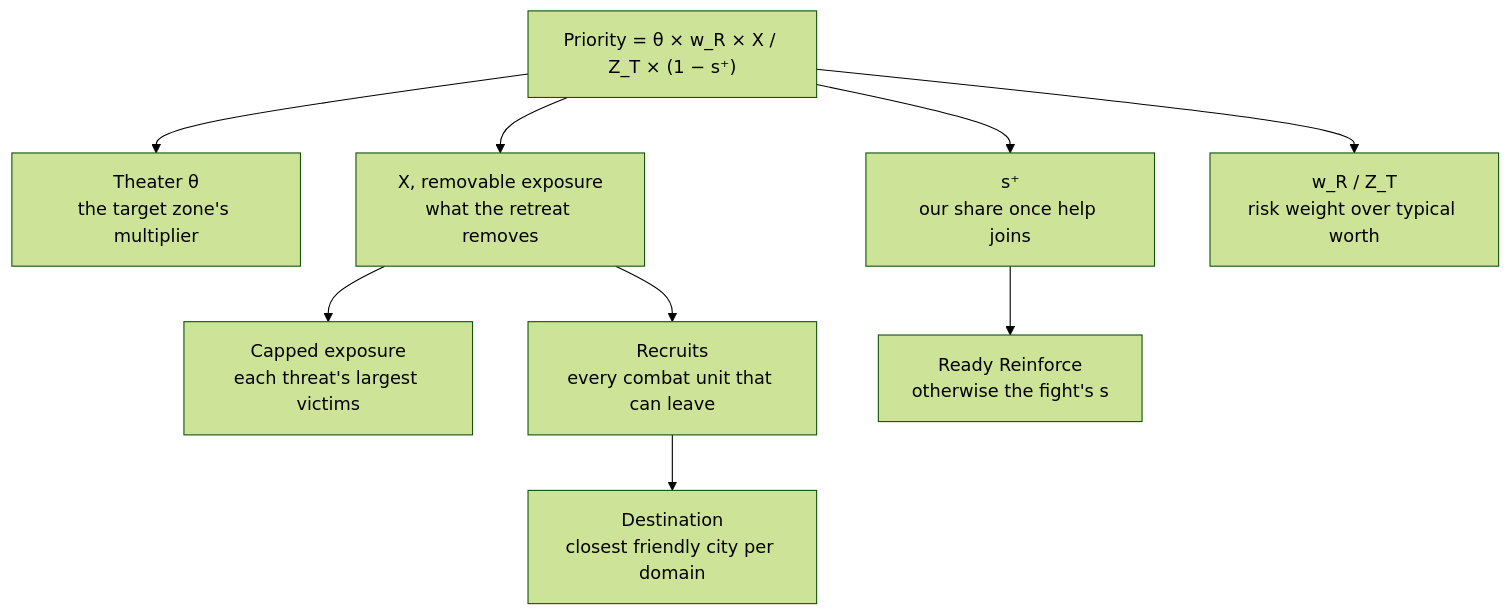
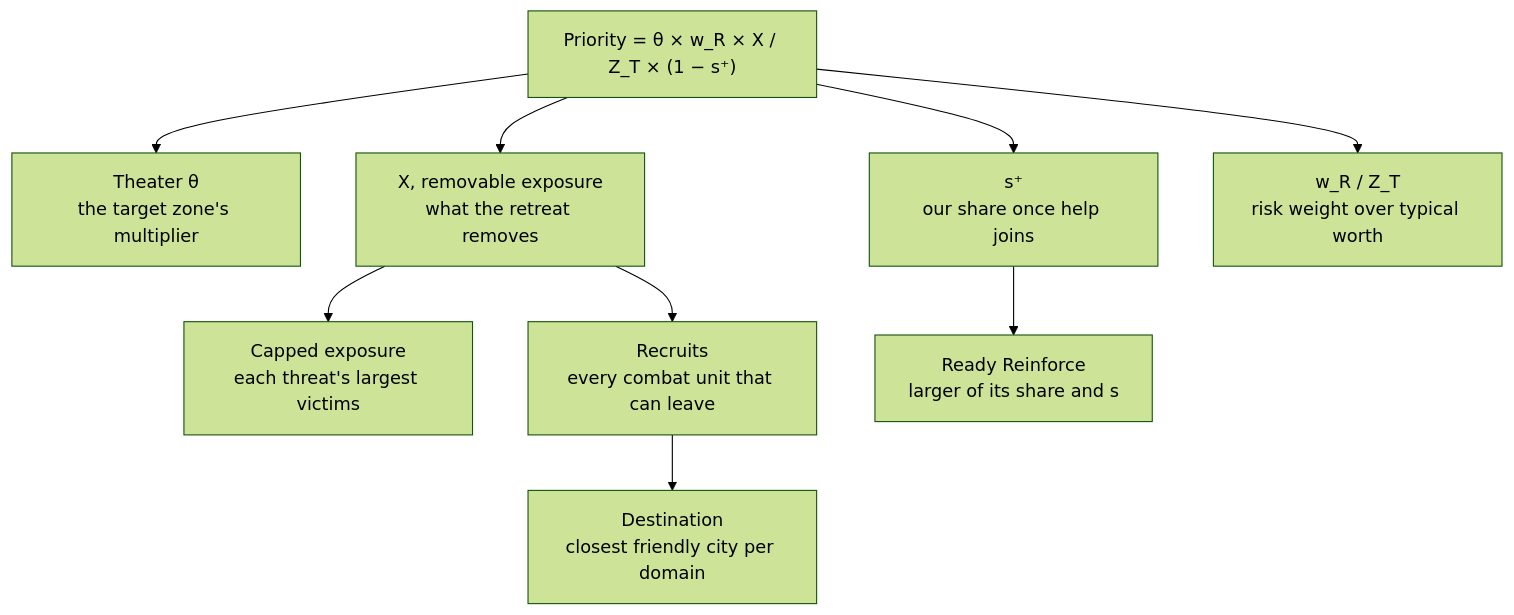
One commit to vox-deorum/vox-deorum changed the diagram in docs/developers/civ5-dll/unit-ai/commands/withdrawal.md. Above: the diagram before and after it, drawn with Mermaid (forest theme). The commit also changed other lines of this file and 26 other files, not shown here.

````diff
--- a/docs/developers/civ5-dll/unit-ai/commands/withdrawal.md
+++ b/docs/developers/civ5-dll/unit-ai/commands/withdrawal.md
@@ -7,12 +7,12 @@
 ```mermaid
 flowchart TD
     P["Priority = θ × w_R × X / Z_T × (1 − s⁺)"]
     P --> T["Theater θ<br/>the target zone's multiplier"]
     P --> X["X, removable exposure<br/>what the retreat removes"]
     P --> S["s⁺<br/>our share once help joins"]
     P --> R["w_R / Z_T<br/>risk weight over typical worth"]
     X --> C["Capped exposure<br/>each threat's largest victims"]
     X --> G["Recruits<br/>every combat unit that can leave"]
     G --> D["Destination<br/>closest friendly city per domain"]
-    S --> H["Ready Reinforce<br/>otherwise the fight's s"]
+    S --> H["Ready Reinforce<br/>larger of its share and s"]
 ```
````
